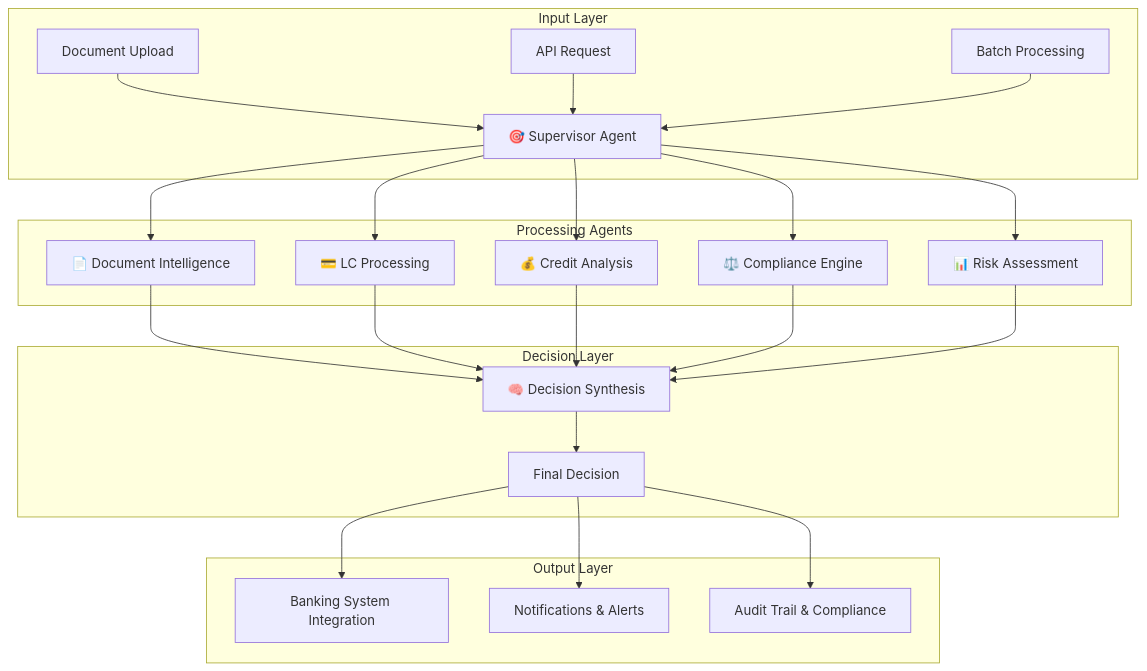
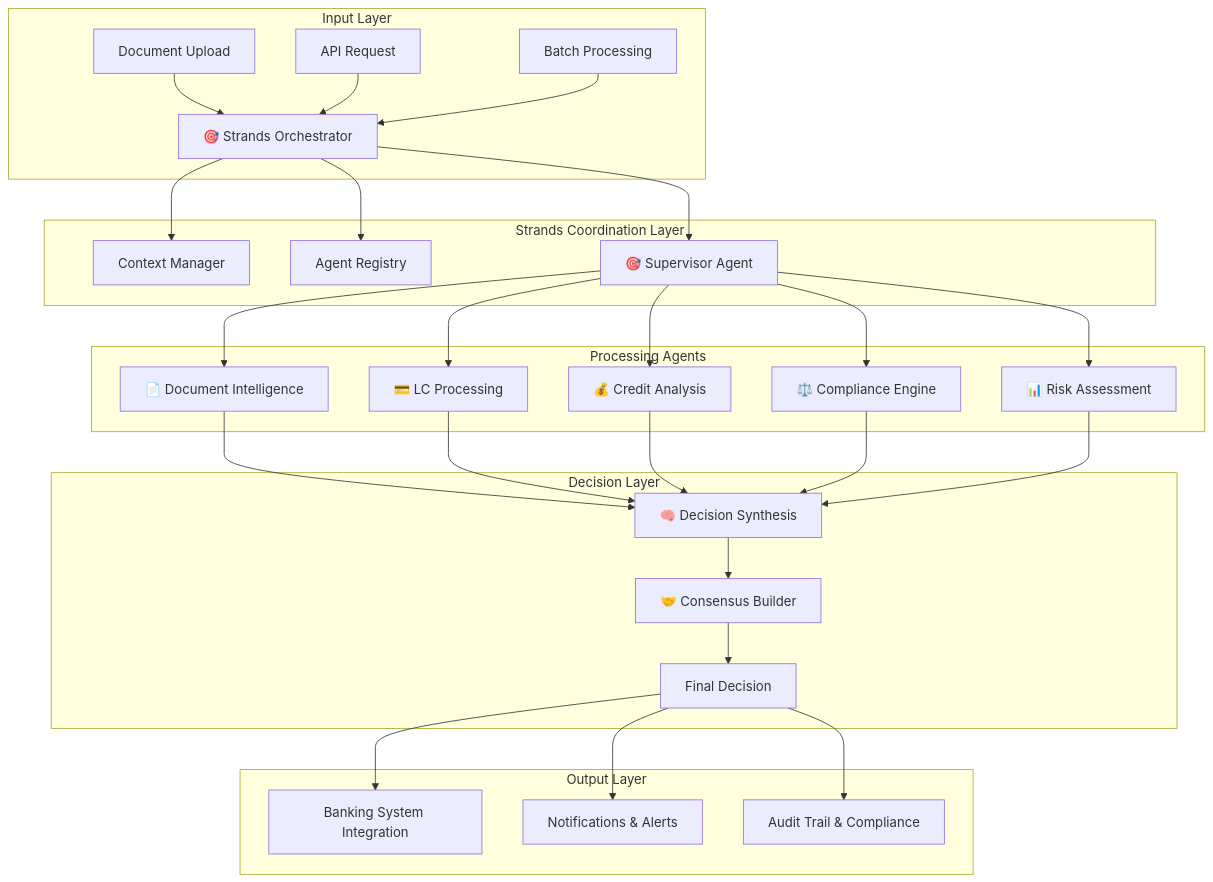
The first of 2 diagrams in README.md (ngcuyen/multi-agent-hackathon), drawn with Mermaid before and after one commit. The commit also changed other lines of this file and 56 other files, not shown here.

````diff
--- a/README.md
+++ b/README.md
@@ -103,31 +116,38 @@
 ```mermaid
 graph TB
     subgraph "Input Layer"
-        A[Document Upload] --> D[🎯 Supervisor Agent]
-        B[API Request] --> D
-        C[Batch Processing] --> D
+        A[Document Upload] --> SO[🎯 Strands Orchestrator]
+        B[API Request] --> SO
+        C[Batch Processing] --> SO
+    end
+    
+    subgraph "Strands Coordination Layer"
+        SO --> CM[Context Manager]
+        SO --> AR[Agent Registry]
+        SO --> D[🎯 Supervisor Agent]
     end
     
     subgraph "Processing Agents"
         D --> E[📄 Document Intelligence]
         D --> F[💳 LC Processing]
         D --> G[💰 Credit Analysis]
         D --> H[⚖️ Compliance Engine]
         D --> I[📊 Risk Assessment]
     end
     
     subgraph "Decision Layer"
         E --> J[🧠 Decision Synthesis]
         F --> J
         G --> J
         H --> J
         I --> J
-        J --> K[Final Decision]
+        J --> CB[🤝 Consensus Builder]
+        CB --> K[Final Decision]
     end
     
     subgraph "Output Layer"
         K --> L[Banking System Integration]
         K --> M[Notifications & Alerts]
         K --> N[Audit Trail & Compliance]
     end
 ```
````
